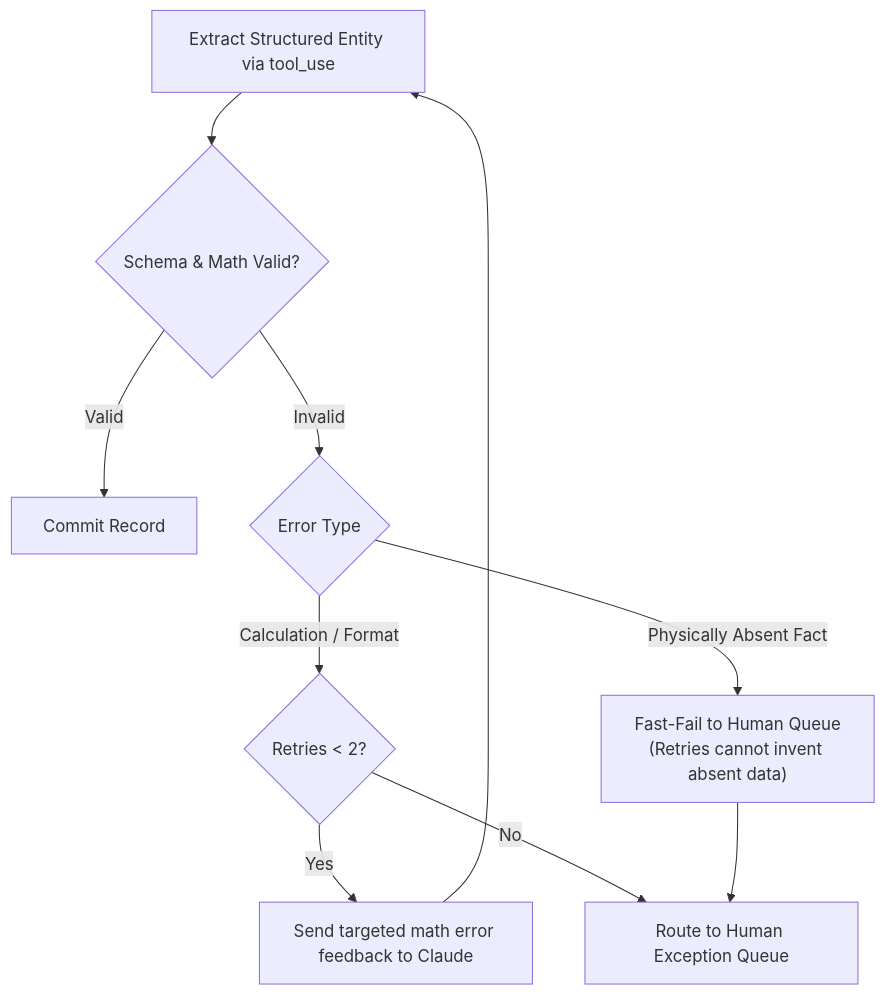
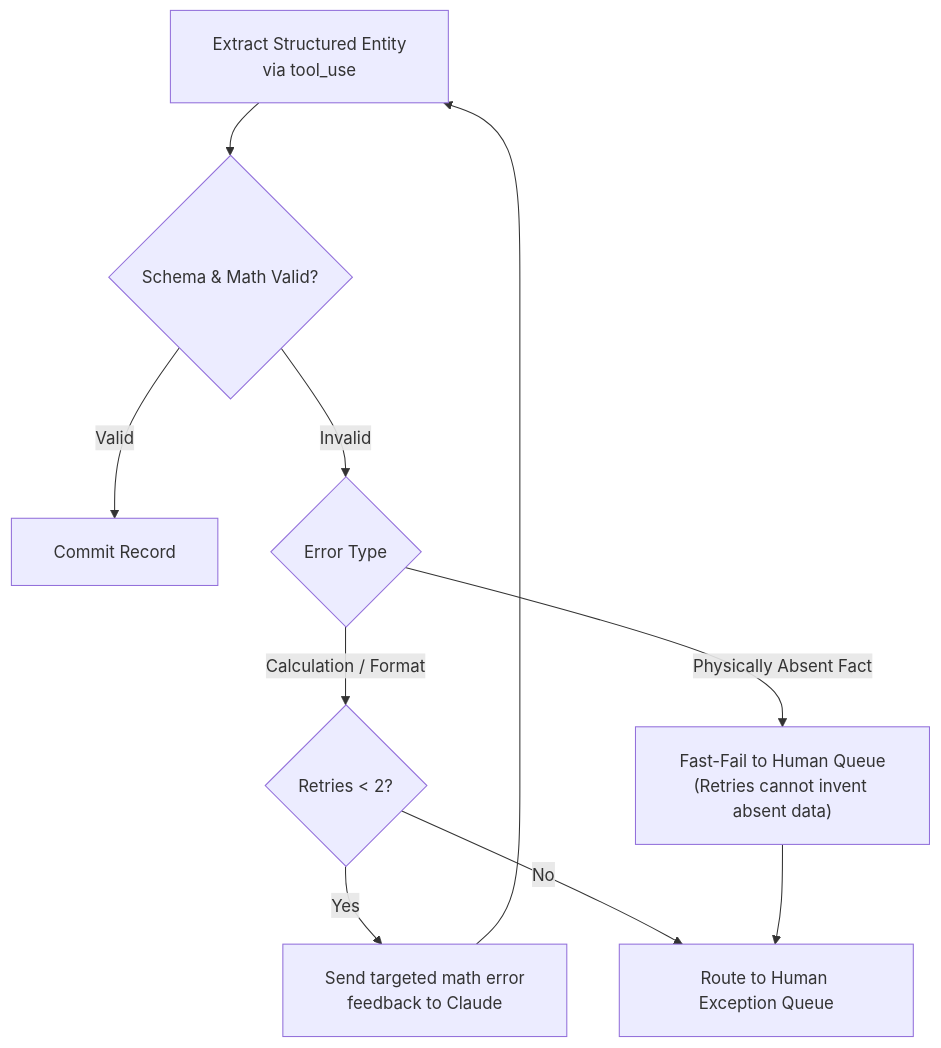
The fourth of 6 diagrams in EXAM_REFRESHER.md (dip4k/claude_cert_architect_foundation_prep), drawn with Mermaid before and after one commit. The commit also changed other lines of this file and 31 other files, not shown here.

First line of the commit message:
docs(diagrams): fix text trimming, padding, and layout in all mermaid diagrams

````diff
--- a/EXAM_REFRESHER.md
+++ b/EXAM_REFRESHER.md
@@ -219,10 +221,11 @@
 ```mermaid
+%%{init: {"flowchart": {"htmlLabels": true, "padding": 20}}}%%
 flowchart TD
-    Extr["Extract Structured Entity via tool_use"] --> Val{"Schema & Math Valid?"}
+    Extr["Extract Structured Entity<br/>via tool_use"] --> Val{"Schema & Math Valid?"}
     Val -- "Valid" --> Success["Commit Record"]
     Val -- "Invalid" --> ErrorType{"Error Type"}
     ErrorType -- "Calculation / Format" --> CanRetry{"Retries < 2?"}
-    CanRetry -- "Yes" --> Feedback["Send targeted math error feedback to Claude"] --> Extr
+    CanRetry -- "Yes" --> Feedback["Send targeted math error<br/>feedback to Claude"] --> Extr
     CanRetry -- "No" --> HumanQueue["Route to Human Exception Queue"]
     ErrorType -- "Physically Absent Fact" --> FastFail["Fast-Fail to Human Queue<br/>(Retries cannot invent absent data)"] --> HumanQueue
 ```
````
